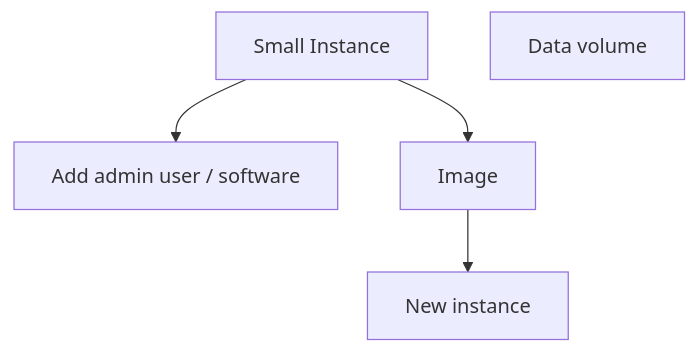
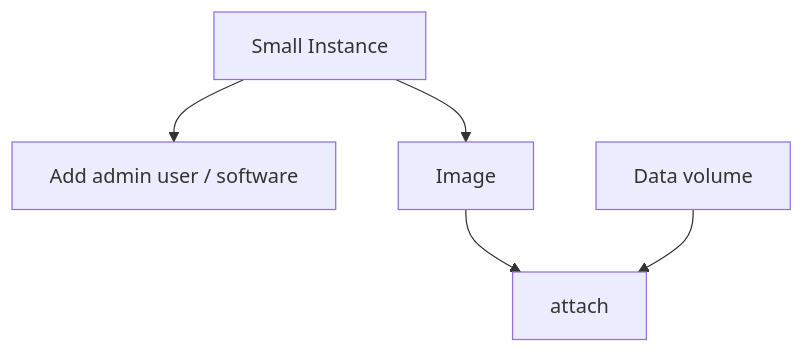
The diagram in getting-started.md (AntibodyEngineers/2024-Antibodies-and-AI), drawn with Mermaid before and after one commit.

````diff
--- a/getting-started.md
+++ b/getting-started.md
@@ -7,7 +7,8 @@
 ```mermaid
     flowchart TD
     
     A[Small Instance] --> B[Add admin user / software]
     A-->C[Image] --> D[New instance]
     E[Data volume]
+    E --> D[attach]
 ```
````
